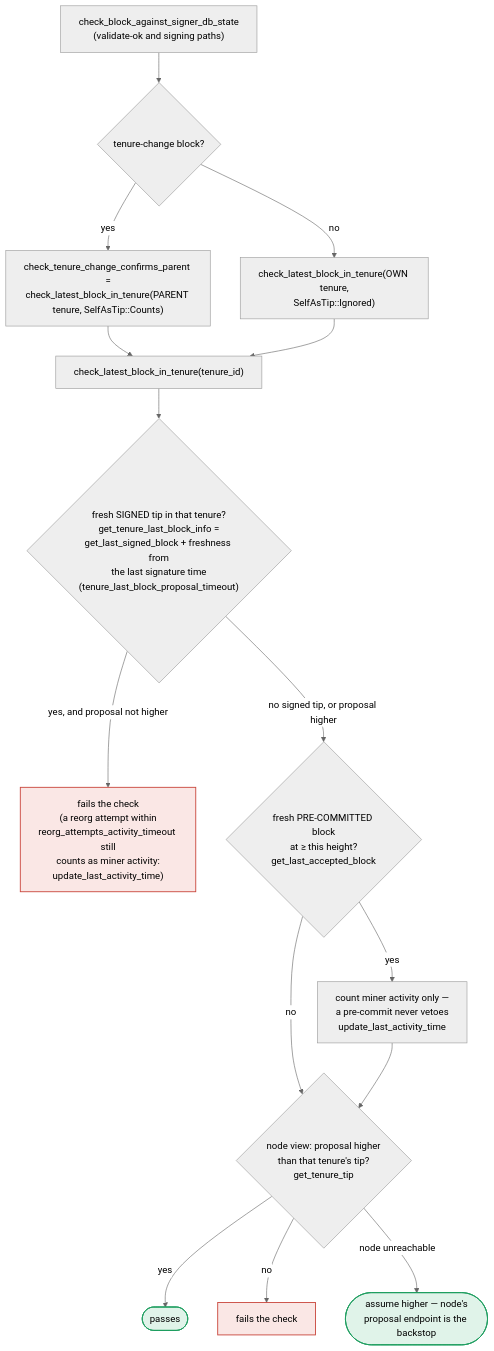
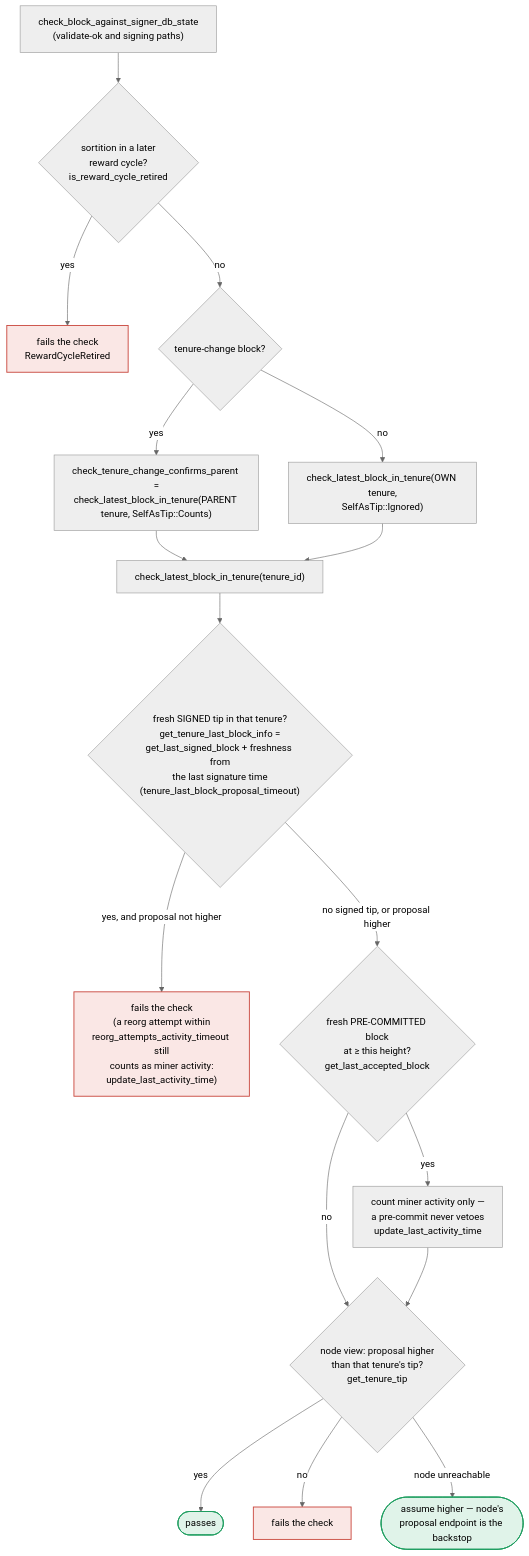
Before and after one commit to stacks-network/stacks-core: the eighth of 10 diagrams in docs/signer-flows.md, drawn with Mermaid (neutral theme). The commit also changed other lines of this file and 8 other files, not shown here.

Commit message:
Allow cross-cycle tenure extends (#7631)

````diff
--- a/docs/signer-flows.md
+++ b/docs/signer-flows.md
@@ -468,19 +487,21 @@
 ```mermaid
 flowchart TB
-    IN["check_block_against_signer_db_state<br/>(validate-ok and signing paths)"] --> TC{"tenure-change block?"}
+    IN["check_block_against_signer_db_state<br/>(validate-ok and signing paths)"] --> RET{"sortition in a later<br/>reward cycle?<br/>is_reward_cycle_retired"}
+    RET -- yes --> RCR["fails the check<br/>RewardCycleRetired"]:::bad
+    RET -- no --> TC{"tenure-change block?"}
     TC -- yes --> PARENT["check_tenure_change_confirms_parent =<br/>check_latest_block_in_tenure(PARENT tenure, SelfAsTip::Counts)"]
     TC -- no --> SAME["check_latest_block_in_tenure(OWN tenure,<br/>SelfAsTip::Ignored)"]
     PARENT --> CLB
     SAME --> CLB["check_latest_block_in_tenure(tenure_id)"]
     CLB --> LSB{"fresh SIGNED tip in that tenure?<br/>get_tenure_last_block_info =<br/>get_last_signed_block + freshness from<br/>the last signature time<br/>(tenure_last_block_proposal_timeout)"}
     LSB -- "yes, and proposal not higher" --> RA["fails the check<br/>(a reorg attempt within<br/>reorg_attempts_activity_timeout still<br/>counts as miner activity:<br/>update_last_activity_time)"]:::bad
     LSB -- "no signed tip, or proposal higher" --> CARVE{"fresh PRE-COMMITTED block<br/>at ≥ this height?<br/>get_last_accepted_block"}
     CARVE -- yes --> ACT["count miner activity only —<br/>a pre-commit never vetoes<br/>update_last_activity_time"]
     CARVE -- no --> NODE
     ACT --> NODE{"node view: proposal higher<br/>than that tenure's tip?<br/>get_tenure_tip"}
     NODE -- yes --> OK(["passes"]):::good
     NODE -- no --> RB["fails the check"]:::bad
     NODE -- "node unreachable" --> OK2(["assume higher — node's<br/>proposal endpoint is the backstop"]):::good
     classDef good fill:#17a45c22,stroke:#1d9d5f,stroke-width:1.5px;
     classDef bad fill:#d84a3f22,stroke:#c9473d,stroke-width:1.5px;
 ```
````
